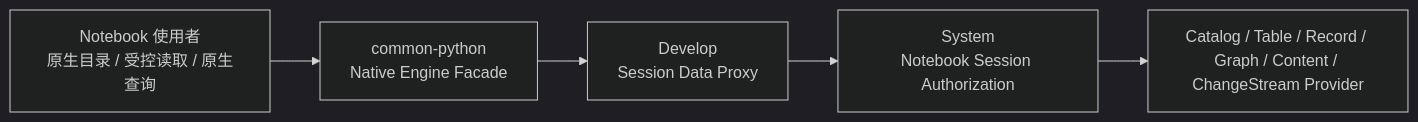
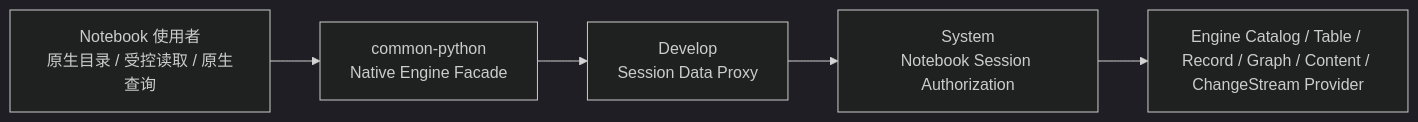
One commit to pampa0629/addp changed the third of 3 diagrams in docs/concepts/addp引擎体系图.md. Above: the diagram before and after it, drawn with Mermaid (dark theme). The commit also changed other lines of this file and 1206 other files, not shown here.

````diff
--- a/docs/concepts/addp引擎体系图.md
+++ b/docs/concepts/addp引擎体系图.md
@@ -246,10 +251,10 @@
 ```mermaid
 flowchart LR
     User["Notebook 使用者<br/>原生目录 / 受控读取 / 原生查询"]
     Facade["common-python<br/>Native Engine Facade"]
     Develop["Develop<br/>Session Data Proxy"]
     System["System<br/>Notebook Session Authorization"]
-    Provider["Catalog / Table / Record / Graph / Content / ChangeStream Provider"]
+    Provider["Engine Catalog / Table / Record / Graph / Content / ChangeStream Provider"]
 
     User --> Facade --> Develop --> System --> Provider
 ```
````
